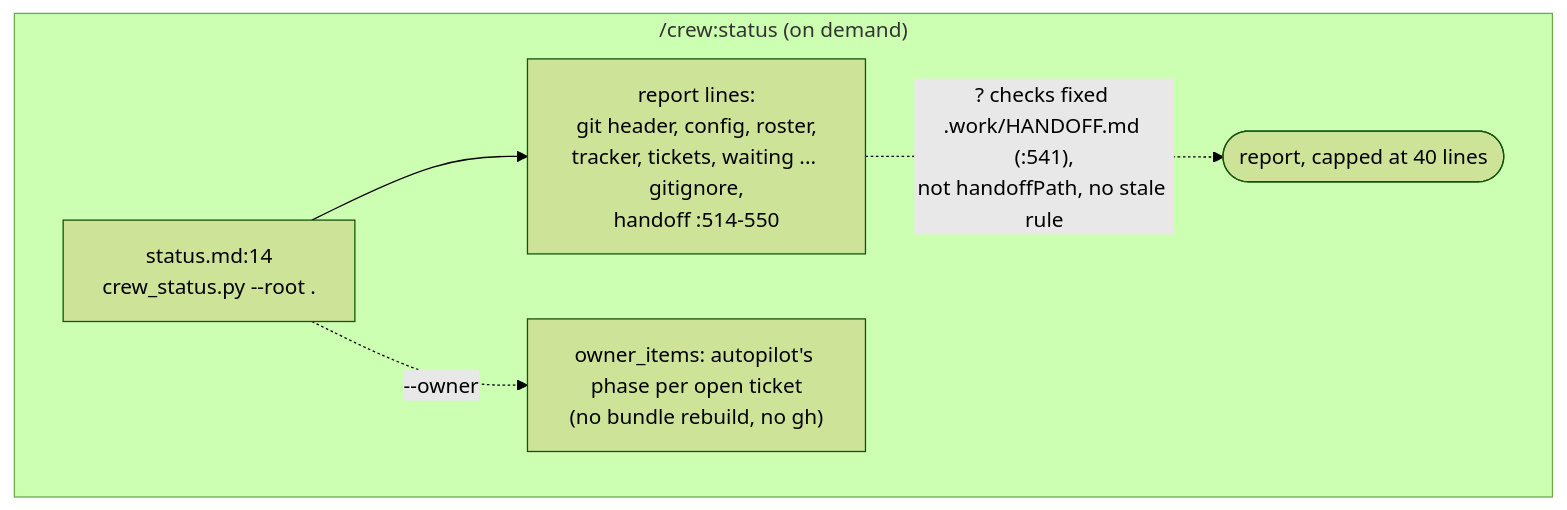
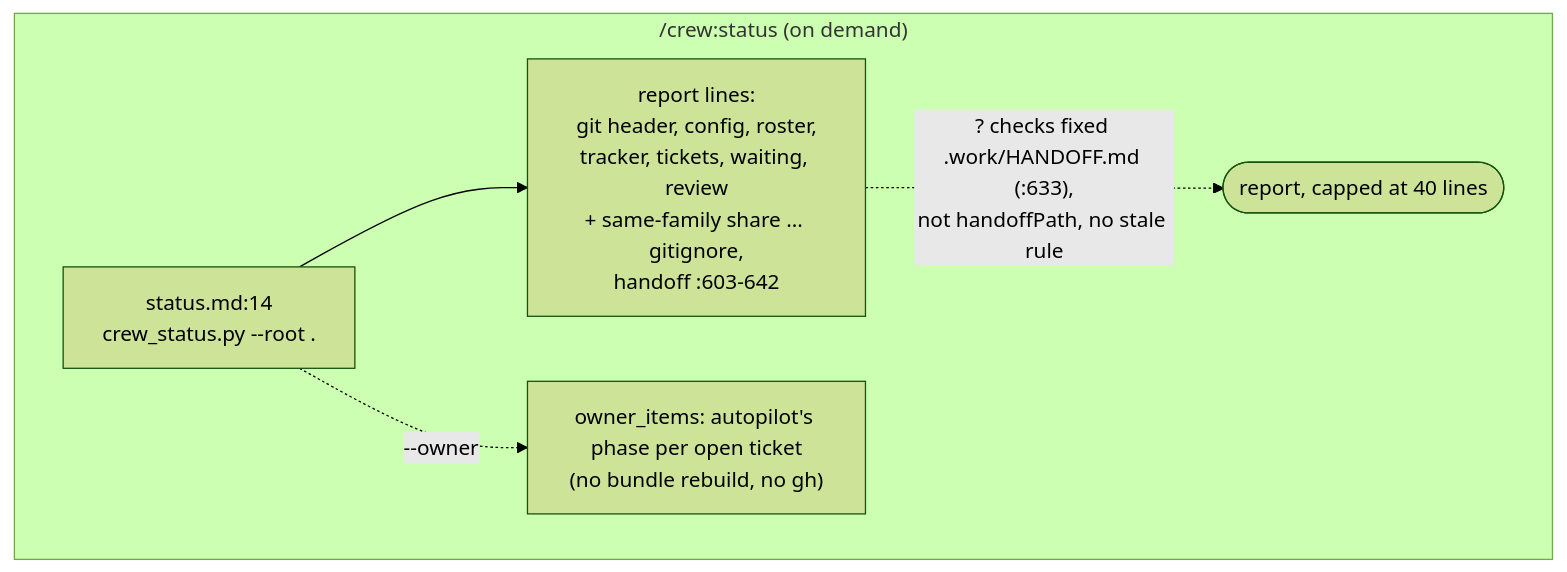
One commit to mbadali25/useful-claude-add-ons changed the diagram in docs/diagrams/process-crew-brief-status.mmd. Above: the diagram before and after it, drawn with Mermaid (forest theme). The commit also changed 25 other files, not shown here.

First line of the commit message:
L-0712: refresh artifacts - code maps, diagrams and graph re-anchored to 1d10d8f6

```diff
--- a/docs/diagrams/process-crew-brief-status.mmd
+++ b/docs/diagrams/process-crew-brief-status.mmd
@@ -1,23 +1,27 @@
-%% Generated from useful-claude-add-ons@5cdfb775 on 2026-10-04, re-anchored on rush/g6a-autopilot 2026-10-07 (L-0551). Verify before trusting.
+%% Generated from useful-claude-add-ons@1d10d8f6 on 2026-10-04, re-anchored on L-0712-cross-family-fallback 2026-10-08 (L-0712). Verify before trusting.
 %% Anchors: plugin/crew/commands/status.md, plugin/crew/hooks/scripts/crew_status.py, plugin/crew/hooks/scripts/crew_tracker.py, plugin/crew/hooks/scripts/crew_autopilot_owner.py
 %% Purpose: What /crew:status reads when run on demand, and the one place it differs from the SessionStart hooks: it checks a fixed handoff path and applies no stale rule.
 %% Part of process-crew-brief.mmd (the overview, which keeps the re-anchoring history).
 %% Re-anchored a54ca704 -> 5cdfb775 (T-0039): crew_status.py gained the `gitignore` line after codemap
 %%    (crew_gitignore.summary, read-only); collect() moved :211-240 -> :224-254 and the HANDOFF check
 %%    :231 -> :245 (re-read with grep -n). status.md:14 holds.
 %% Re-anchored for L-0551 / L-0687: collect() is now crew_status.py:514-550, the HANDOFF check :541;
 %%    the `waiting` line (:528) is crew_autopilot_owner.owner_items, autopilot's own phase read
 %%    (policy=False, deep=False: no bundle rebuild, no gh), and `--owner` lists it (owner_lines).
-%% /crew:status: commands/status.md:14 -> crew_status.py; :514-550 report lines.
-%% /crew:status checks the fixed path .work/HANDOFF.md (crew_status.py:541),
+%% Re-anchored 5cdfb775 -> 1d10d8f6 (L-0712): _review_lines (:172) reads EVERY ledger for the
+%%    same-family share and prints `review   same-family: N of M completed rounds (P%)` after the
+%%    newest three ledgers' lines; same_family_round decides a row. collect() is now :603-642, the
+%%    waiting line :617, the review lines :618, the HANDOFF check :633 (re-read with grep -n).
+%% /crew:status: commands/status.md:14 -> crew_status.py; :603-642 report lines.
+%% /crew:status checks the fixed path .work/HANDOFF.md (crew_status.py:633),
 %% not context.handoffPath, and does not apply the stale rule.
 %% Note st2: git header, config file, roster, tracker (crew_tracker.resolve, :67), tickets,
-%%    waiting (crew_autopilot_owner.owner_items, L-0551), review ledgers, verify, shell (Windows
-%%    only, T-0040), codemap freshness, gitignore (T-0039), metrics, handoff, interrupted migrate
-%%    :514-550
+%%    waiting (crew_autopilot_owner.owner_items, L-0551), review ledgers and the same-family share
+%%    (L-0712), verify, shell (Windows only, T-0040), codemap freshness, gitignore (T-0039), metrics,
+%%    handoff, interrupted migrate :603-642
 flowchart TB
     subgraph status["/crew:status (on demand)"]
-        st1["status.md:14<br/>crew_status.py --root ."] --> st2["report lines:<br/>git header, config, roster,<br/>tracker, tickets, waiting ... gitignore,<br/>handoff :514-550"]
-        st2 -. "? checks fixed .work/HANDOFF.md (:541),<br/>not handoffPath, no stale rule" .-> st3([report, capped at 40 lines])
+        st1["status.md:14<br/>crew_status.py --root ."] --> st2["report lines:<br/>git header, config, roster,<br/>tracker, tickets, waiting, review<br/>+ same-family share ... gitignore,<br/>handoff :603-642"]
+        st2 -. "? checks fixed .work/HANDOFF.md (:633),<br/>not handoffPath, no stale rule" .-> st3([report, capped at 40 lines])
         st1 -. "--owner" .-> st4["owner_items: autopilot's phase per open ticket<br/>(no bundle rebuild, no gh)"]
     end
```
